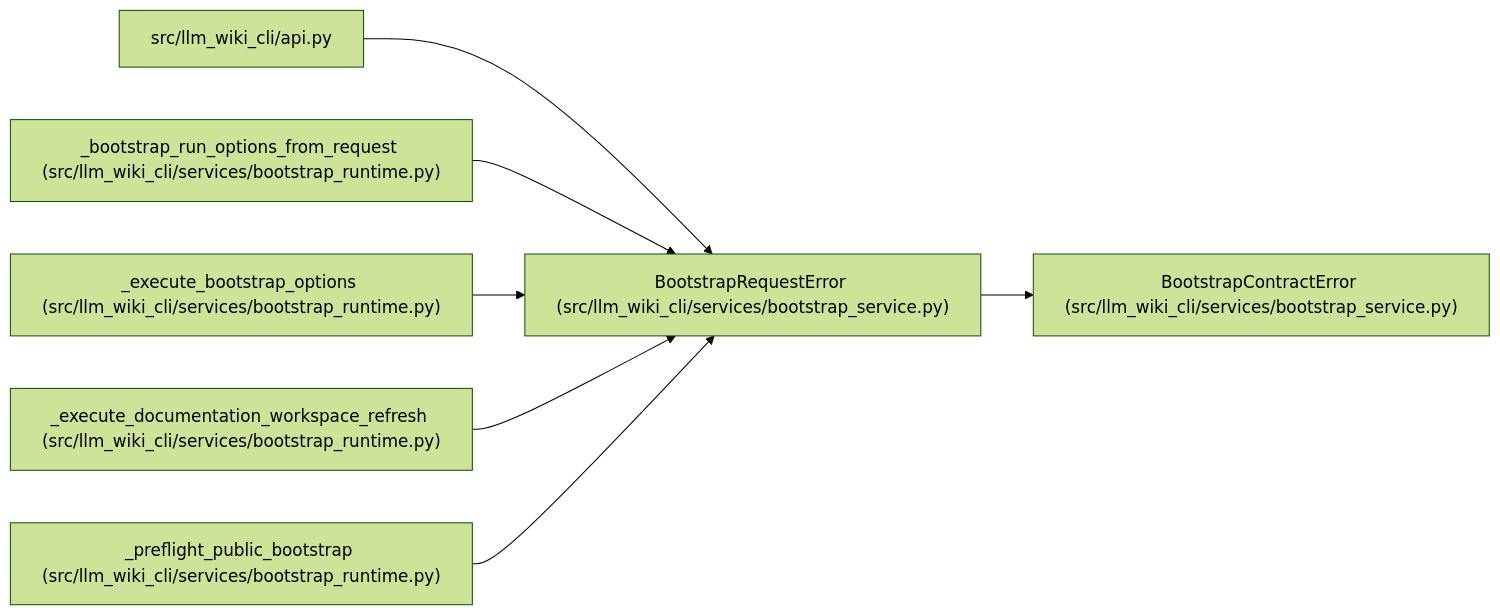
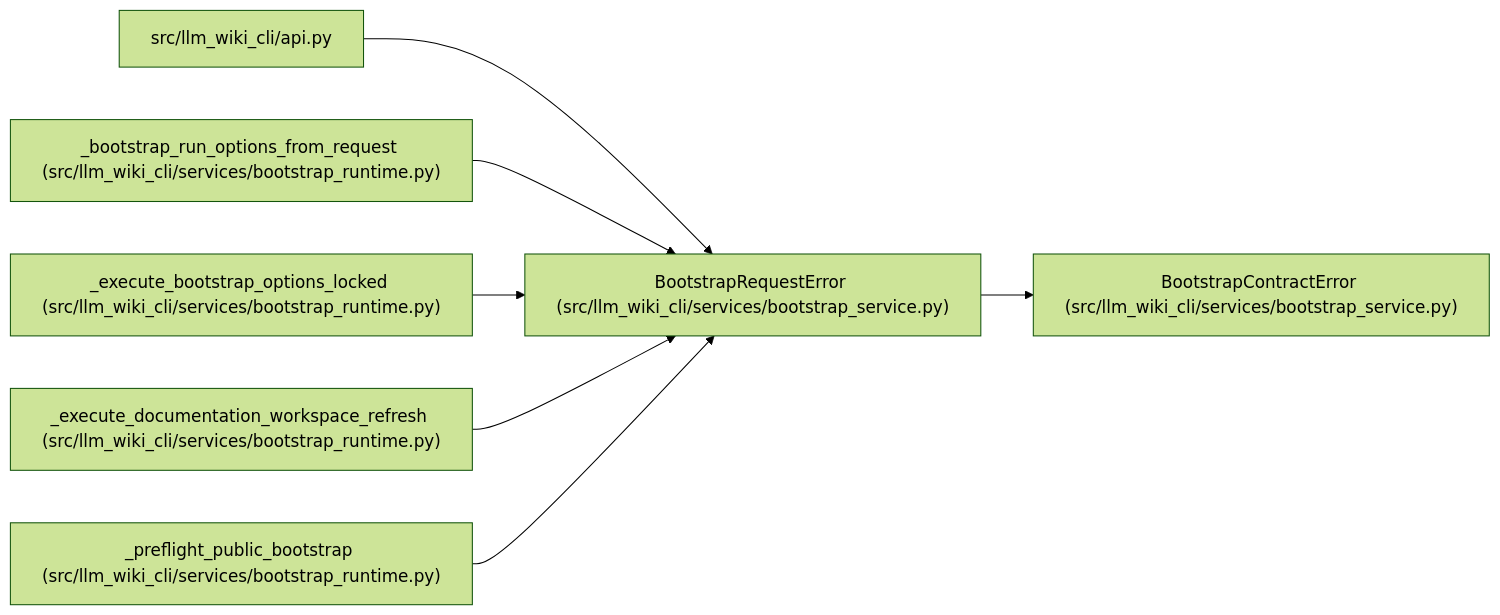
The diagram in docs/llm_wiki/entities/BootstrapRequestError.md (Denissvgn/python-wiki-llm), drawn with Mermaid (forest theme) before and after one commit. The commit also changed other lines of this file and 1410 other files, not shown here.

````diff
--- a/docs/llm_wiki/entities/BootstrapRequestError.md
+++ b/docs/llm_wiki/entities/BootstrapRequestError.md
@@ -23,23 +23,23 @@
 ```mermaid
 flowchart LR
     n0["BootstrapRequestError (src/llm_wiki_cli/services/bootstrap_service.py)"]
     n1["BootstrapContractError (src/llm_wiki_cli/services/bootstrap_service.py)"]
     n2["src/llm_wiki_cli/api.py"]
     n3["_bootstrap_run_options_from_request (src/llm_wiki_cli/services/bootstrap_runtime.py)"]
-    n4["_execute_bootstrap_options (src/llm_wiki_cli/services/bootstrap_runtime.py)"]
+    n4["_execute_bootstrap_options_locked (src/llm_wiki_cli/services/bootstrap_runtime.py)"]
     n5["_execute_documentation_workspace_refresh (src/llm_wiki_cli/services/bootstrap_runtime.py)"]
     n6["_preflight_public_bootstrap (src/llm_wiki_cli/services/bootstrap_runtime.py)"]
     n0 --> n1
     n2 --> n0
     n3 --> n0
     n4 --> n0
     n5 --> n0
     n6 --> n0
     click n0 "../modules/bootstrap_service.md"
     click n1 "../modules/bootstrap_service.md"
     click n2 "../modules/api.md"
     click n3 "../modules/bootstrap_runtime.md"
     click n4 "../modules/bootstrap_runtime.md"
     click n5 "../modules/bootstrap_runtime.md"
     click n6 "../modules/bootstrap_runtime.md"
 ```
````
